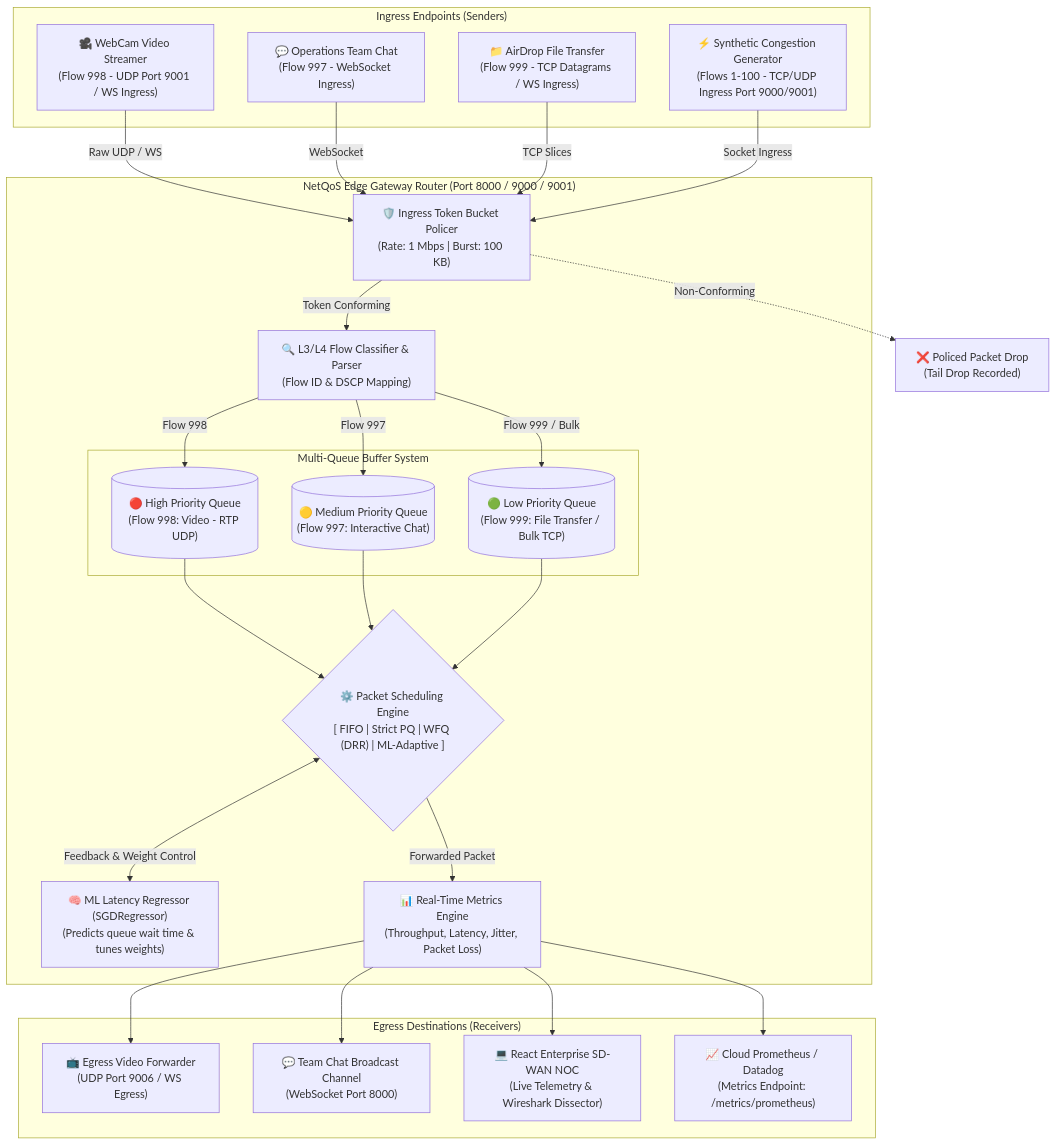
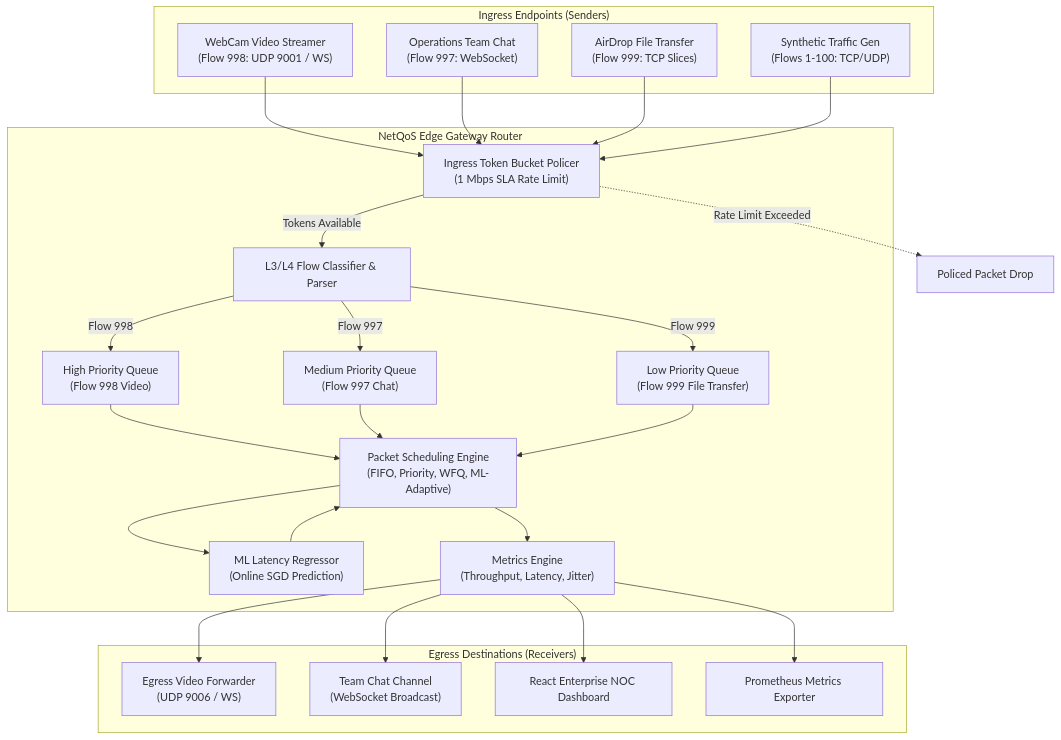
One commit to rakshita1802/NetQoS changed the first of 3 diagrams in report/NetQoS_Computer_Networks_Documentation.md. Above: the diagram before and after it, drawn with Mermaid. The commit also changed other lines of this file, not shown here.

Commit message:
fix(docs): resolve Mermaid syntax errors for universal markdown rendering

````diff
--- a/report/NetQoS_Computer_Networks_Documentation.md
+++ b/report/NetQoS_Computer_Networks_Documentation.md
@@ -61,55 +61,52 @@
 ```mermaid
-graph TD
-    subgraph Ingress_Clients ["Ingress Endpoints (Senders)"]
-        A1["🎥 WebCam Video Streamer\n(Flow 998 - UDP Port 9001 / WS Ingress)"]
-        A2["💬 Operations Team Chat\n(Flow 997 - WebSocket Ingress)"]
-        A3["📁 AirDrop File Transfer\n(Flow 999 - TCP Datagrams / WS Ingress)"]
-        A4["⚡ Synthetic Congestion Generator\n(Flows 1-100 - TCP/UDP Ingress Port 9000/9001)"]
+flowchart TD
+    subgraph Ingress_Clients["Ingress Endpoints (Senders)"]
+        A1["WebCam Video Streamer<br/>(Flow 998: UDP 9001 / WS)"]
+        A2["Operations Team Chat<br/>(Flow 997: WebSocket)"]
+        A3["AirDrop File Transfer<br/>(Flow 999: TCP Slices)"]
+        A4["Synthetic Traffic Gen<br/>(Flows 1-100: TCP/UDP)"]
     end
 
-    subgraph NetQoS_Gateway ["NetQoS Edge Gateway Router (Port 8000 / 9000 / 9001)"]
-        B1["🛡️ Ingress Token Bucket Policer\n(Rate: 1 Mbps | Burst: 100 KB)"]
-        B2["🔍 L3/L4 Flow Classifier & Parser\n(Flow ID & DSCP Mapping)"]
-        
-        subgraph Priority_Queues ["Multi-Queue Buffer System"]
-            Q_HIGH[("🔴 High Priority Queue\n(Flow 998: Video - RTP UDP)")]
-            Q_MED[("🟡 Medium Priority Queue\n(Flow 997: Interactive Chat)")]
-            Q_LOW[("🟢 Low Priority Queue\n(Flow 999: File Transfer / Bulk TCP)")]
-        end
-
-        B3{"⚙️ Packet Scheduling Engine\n[ FIFO | Strict PQ | WFQ (DRR) | ML-Adaptive ]"}
-        B4["🧠 ML Latency Regressor (SGDRegressor)\n(Predicts queue wait time & tunes weights)"]
-        B5["📊 Real-Time Metrics Engine\n(Throughput, Latency, Jitter, Packet Loss)"]
+    subgraph Router_Core["NetQoS Edge Gateway Router"]
+        B1["Ingress Token Bucket Policer<br/>(1 Mbps SLA Rate Limit)"]
+        B2["L3/L4 Flow Classifier & Parser"]
+        Q_HIGH["High Priority Queue<br/>(Flow 998 Video)"]
+        Q_MED["Medium Priority Queue<br/>(Flow 997 Chat)"]
+        Q_LOW["Low Priority Queue<br/>(Flow 999 File Transfer)"]
+        B3["Packet Scheduling Engine<br/>(FIFO, Priority, WFQ, ML-Adaptive)"]
+        B4["ML Latency Regressor<br/>(Online SGD Prediction)"]
+        B5["Metrics Engine<br/>(Throughput, Latency, Jitter)"]
     end
 
-    subgraph Egress_Receivers ["Egress Destinations (Receivers)"]
-        C1["📺 Egress Video Forwarder\n(UDP Port 9006 / WS Egress)"]
-        C2["💬 Team Chat Broadcast Channel\n(WebSocket Port 8000)"]
-        C3["💻 React Enterprise SD-WAN NOC\n(Live Telemetry & Wireshark Dissector)"]
-        C4["📈 Cloud Prometheus / Datadog\n(Metrics Endpoint: /metrics/prometheus)"]
+    subgraph Egress_Receivers["Egress Destinations (Receivers)"]
+        C1["Egress Video Forwarder<br/>(UDP 9006 / WS)"]
+        C2["Team Chat Channel<br/>(WebSocket Broadcast)"]
+        C3["React Enterprise NOC Dashboard"]
+        C4["Prometheus Metrics Exporter"]
     end
 
-    A1 -->|Raw UDP / WS| B1
-    A2 -->|WebSocket| B1
-    A3 -->|TCP Slices| B1
-    A4 -->|Socket Ingress| B1
+    A1 --> B1
+    A2 --> B1
+    A3 --> B1
+    A4 --> B1
 
-    B1 -->|Token Conforming| B2
-    B1 -.->|Non-Conforming| B_DROP["❌ Policed Packet Drop\n(Tail Drop Recorded)"]
+    B1 -->|Tokens Available| B2
+    B1 -.->|Rate Limit Exceeded| B_DROP["Policed Packet Drop"]
 
     B2 -->|Flow 998| Q_HIGH
     B2 -->|Flow 997| Q_MED
-    B2 -->|Flow 999 / Bulk| Q_LOW
+    B2 -->|Flow 999| Q_LOW
 
     Q_HIGH --> B3
     Q_MED --> B3
     Q_LOW --> B3
 
-    B3 <-->|Feedback & Weight Control| B4
-    B3 -->|Forwarded Packet| B5
+    B3 --> B4
+    B4 --> B3
+    B3 --> B5
 
     B5 --> C1
     B5 --> C2
     B5 --> C3
     B5 --> C4
 ```
````
